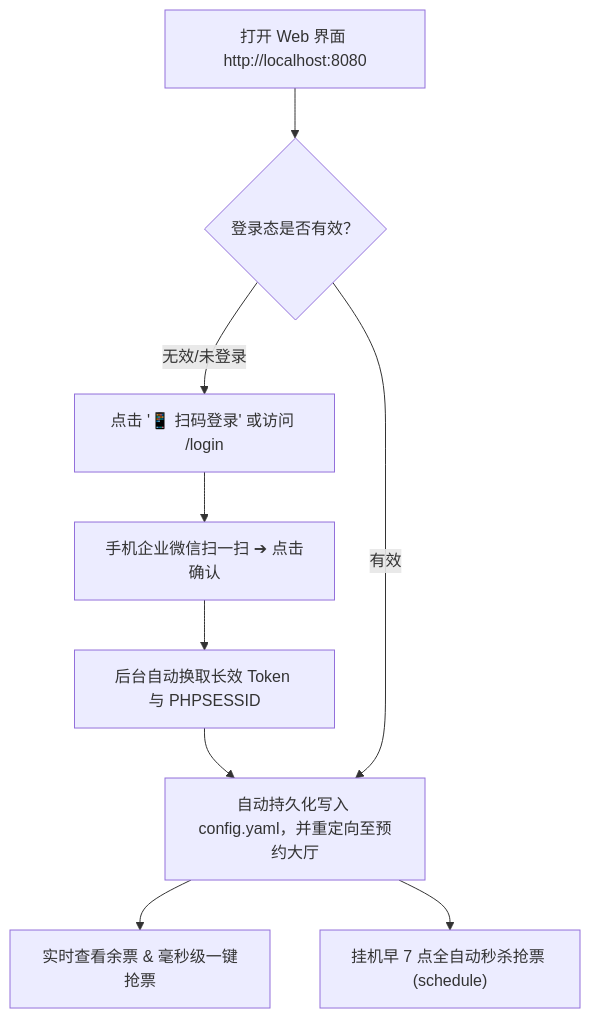
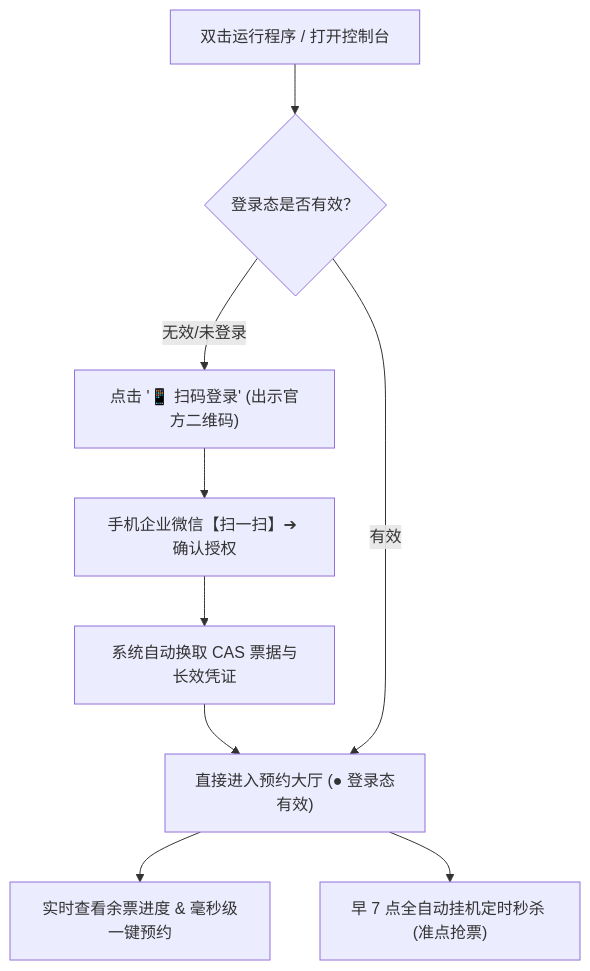
The diagram in README.md (duduking19/XMU-Gym-reservation-script), drawn with Mermaid before and after one commit. The commit also changed other lines of this file and 1 other file, not shown here.

````diff
--- a/README.md
+++ b/README.md
@@ -96,11 +75,11 @@
 ```mermaid
 graph TD
-    A["打开 Web 界面 http://localhost:8080"] --> B{"登录态是否有效？"}
-    B -- 无效/未登录 --> C["点击 '📱 扫码登录' 或访问 /login"]
-    C --> D["手机企业微信扫一扫 ➔ 点击确认"]
-    D --> E["后台自动换取长效 Token 与 PHPSESSID"]
-    E --> F["自动持久化写入 config.yaml，并重定向至预约大厅"]
+    A["双击运行程序 / 打开控制台"] --> B{"登录态是否有效？"}
+    B -- 无效/未登录 --> C["点击 '📱 扫码登录' (出示官方二维码)"]
+    C --> D["手机企业微信【扫一扫】➔ 确认授权"]
+    D --> E["系统自动换取 CAS 票据与长效凭证"]
+    E --> F["直接进入预约大厅 (● 登录态有效)"]
     B -- 有效 --> F
-    F --> G["实时查看余票 & 毫秒级一键抢票"]
-    F --> H["挂机早 7 点全自动秒杀抢票 (schedule)"]
+    F --> G["实时查看余票进度 & 毫秒级一键预约"]
+    F --> H["早 7 点全自动挂机定时秒杀 (准点抢票)"]
 ```
````
